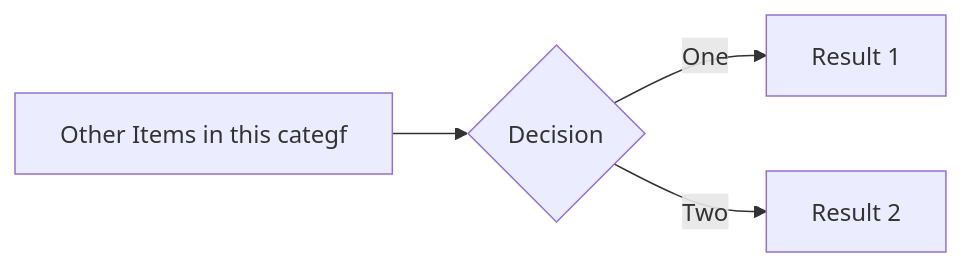
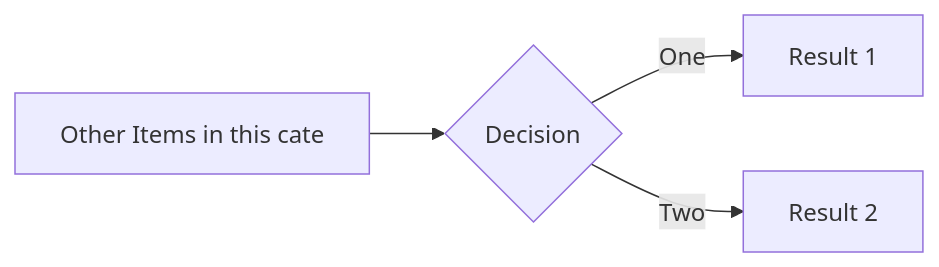
One commit to gerbssusd/dok changed the diagram in slides.md. Above: the diagram before and after it, drawn with Mermaid.

````diff
--- a/slides.md
+++ b/slides.md
@@ -217,6 +217,6 @@
 ```mermaid {theme: 'neutral', scale: 0.8}
 graph LR
-B[Other Items in this categf] --> C{Decision}
+B[Other Items in this cate] --> C{Decision}
 C -->|One| D[Result 1]
 C -->|Two| E[Result 2]
 ```
````
